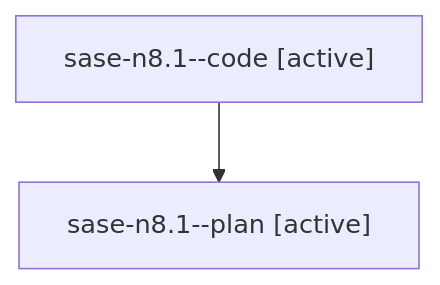
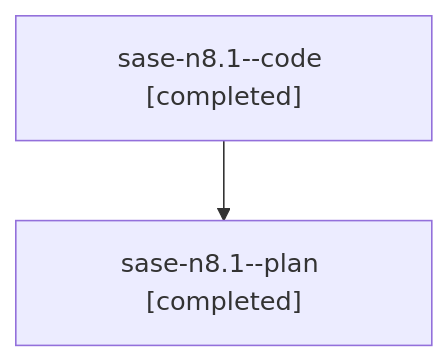
Before and after one commit to sase-org/sase--agents: the diagram in families/bbugyi200.athena.sase-n8.1.md, drawn with Mermaid. The commit also changed other lines of this file and 77 other files, not shown here.

````diff
--- a/families/bbugyi200.athena.sase-n8.1.md
+++ b/families/bbugyi200.athena.sase-n8.1.md
@@ -9,6 +9,6 @@
 ```mermaid
 flowchart TD
-  n0["sase-n8.1--code [active]"]
-  n1["sase-n8.1--plan [active]"]
+  n0["sase-n8.1--code [completed]"]
+  n1["sase-n8.1--plan [completed]"]
   n0 --> n1
 ```
````
